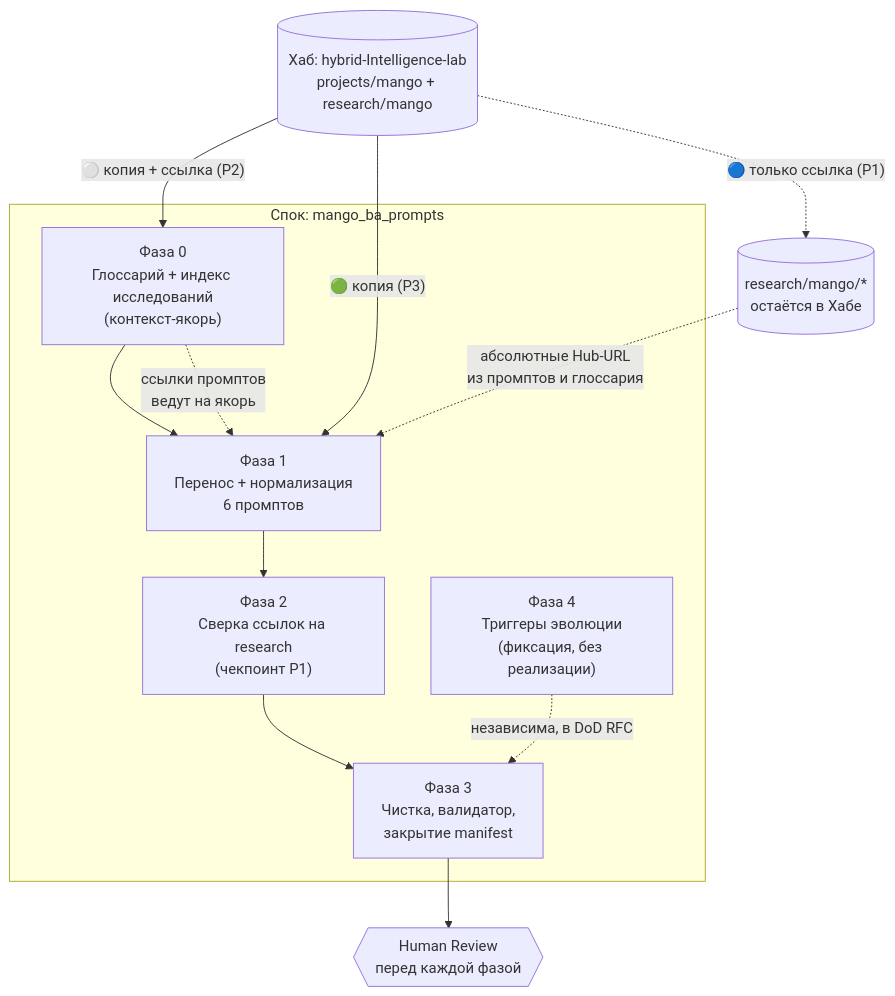
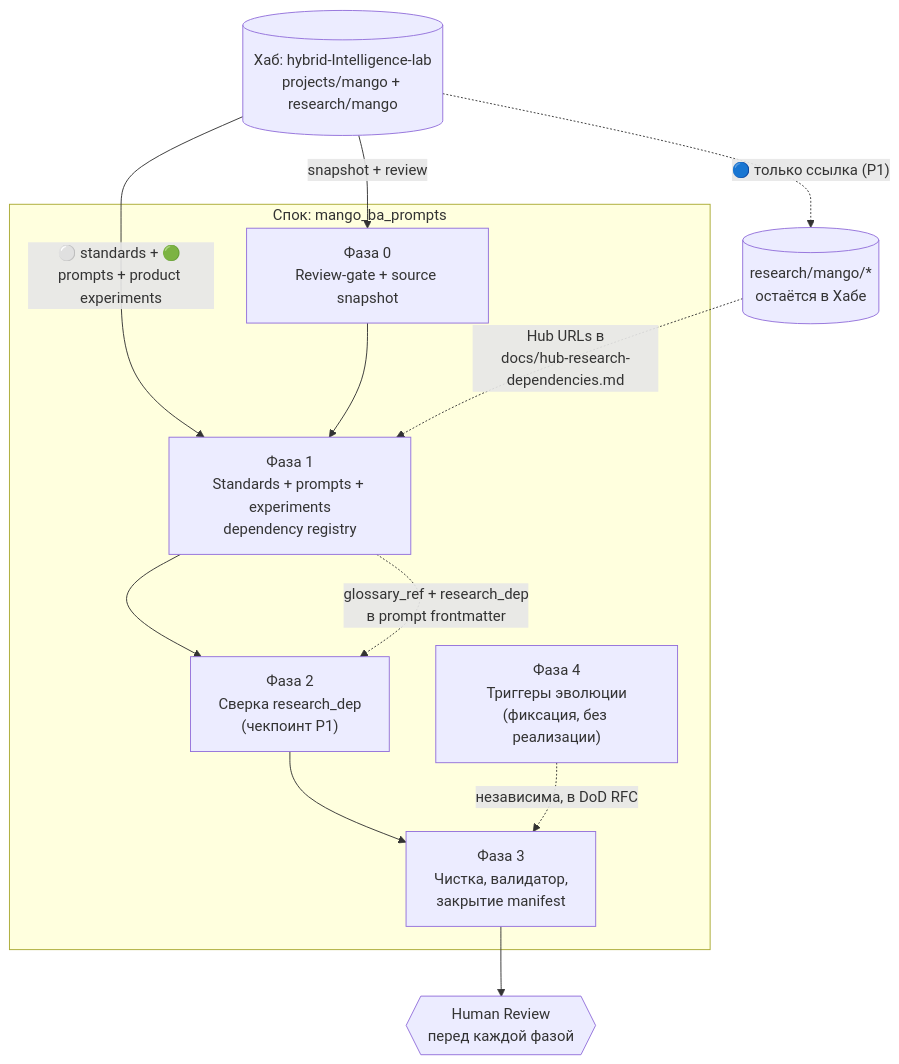
The diagram in docs/analysis/migration-strategy-rfc.md (G-Ivan-A/mango_ba_prompts), drawn with Mermaid before and after one commit. The commit also changed other lines of this file and 2 other files, not shown here.

````diff
--- a/docs/analysis/migration-strategy-rfc.md
+++ b/docs/analysis/migration-strategy-rfc.md
@@ -239,24 +280,24 @@
 ```mermaid
 flowchart TD
     H[("Хаб: hybrid-Intelligence-lab<br/>projects/mango + research/mango")]
 
-    H -->|"⚪ копия + ссылка (P2)"| P0
-    H -->|"🟢 копия (P3)"| P1
+    H -->|"snapshot + review"| P0
+    H -->|"⚪ standards + 🟢 prompts + product experiments"| P1
     H -.->|"🔵 только ссылка (P1)"| R[("research/mango/*<br/>остаётся в Хабе")]
 
     subgraph SPOKE["Спок: mango_ba_prompts"]
-        P0["Фаза 0<br/>Глоссарий + индекс исследований<br/>(контекст-якорь)"]
-        P1["Фаза 1<br/>Перенос + нормализация<br/>6 промптов"]
-        P2["Фаза 2<br/>Сверка ссылок на research<br/>(чекпоинт P1)"]
+        P0["Фаза 0<br/>Review-gate + source snapshot"]
+        P1["Фаза 1<br/>Standards + prompts + experiments<br/>dependency registry"]
+        P2["Фаза 2<br/>Сверка research_dep<br/>(чекпоинт P1)"]
         P3["Фаза 3<br/>Чистка, валидатор,<br/>закрытие manifest"]
         P4["Фаза 4<br/>Триггеры эволюции<br/>(фиксация, без реализации)"]
         P0 --> P1 --> P2 --> P3
         P4 -. "независима, в DoD RFC" .-> P3
     end
 
-    R -. "абсолютные Hub-URL<br/>из промптов и глоссария" .-> P1
-    P0 -. "ссылки промптов<br/>ведут на якорь" .-> P1
+    R -. "Hub URLs в<br/>docs/hub-research-dependencies.md" .-> P1
+    P1 -. "glossary_ref + research_dep<br/>в prompt frontmatter" .-> P2
 
     HR{{"Human Review<br/>перед каждой фазой"}}
     P3 --> HR
 ```
````
